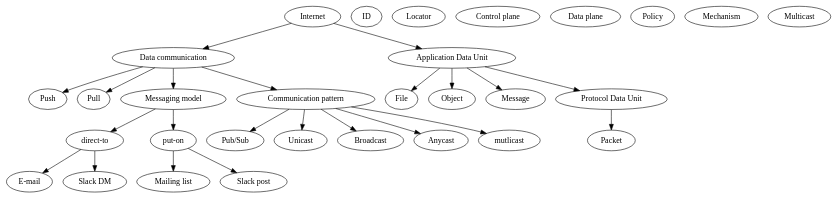
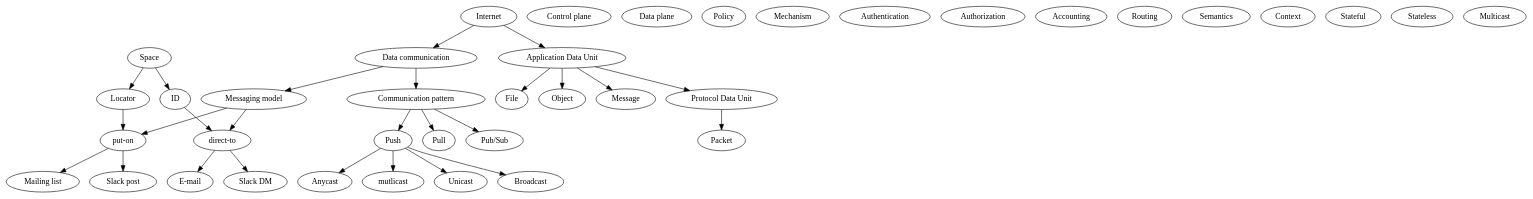
Before and after one commit to pixos/ic2: the diagram in mindmap.gv, drawn with Graphviz.

```diff
--- a/mindmap.gv
+++ b/mindmap.gv
@@ -1,66 +1,83 @@
 digraph graph_name {
 
   root [ label = "Internet" ];
   comm [ label = "Data communication" ];
   comm_push [ label = "Push" ];
   comm_pull [ label = "Pull" ];
   file [ label = "File" ];
   object [ label = "Object" ];
   message [ label = "Message" ];
   packet [ label = "Packet" ];
 
   adu [ label = "Application Data Unit" ];
   pdu [ label = "Protocol Data Unit" ];
 
+  space [ label = "Space" ];
+
   id [ label = "ID" ];
   locator [ label = "Locator" ];
 
   cplane [ label = "Control plane" ];
   dplane [ label = "Data plane" ];
 
   policy [ label = "Policy" ];
   mechanism [ label = "Mechanism" ];
+
+  authentication [ label = "Authentication" ];
+  authorization [ label = "Authorization" ];
+  accounting [ label = "Accounting" ];
 
   model [ label = "Messaging model" ];
   pattern [ label = "Communication pattern" ];
   directto [ label = "direct-to" ];
   puton [ label = "put-on" ];
 
   email [ label = "E-mail" ];
   mailinglist [ label = "Mailing list" ];
   slack [ label = "Slack post" ];
   slackdm [ label = "Slack DM" ];
+
+  routing [ label = "Routing" ];
+  semantics [ label = "Semantics" ];
+  context [ label = "Context" ];
+  stateful [ label = "Stateful" ];
+  stateless [ label = "Stateless" ];
 
   pubsub [ label = "Pub/Sub" ];
   unicast [ label = "Unicast" ];
   multicast [ label = "Multicast" ];
   broadcast [ label = "Broadcast" ];
   anycast [ label = "Anycast" ];
 
   root -> adu;
   adu -> pdu;
   adu -> file;
   adu -> object;
   adu -> message;
   pdu -> packet;
 
   root -> comm;
-  comm -> comm_push;
-  comm -> comm_pull;
 
   comm -> model;
   model -> directto;
   model -> puton;
   directto -> email;
   directto -> slackdm;
   puton -> slack;
   puton -> mailinglist;
 
+  space -> id;
+  space -> locator;
+  id -> directto;
+  locator -> puton;
+
   comm -> pattern;
   pattern -> pubsub;
-  pattern -> unicast;
-  pattern -> mutlicast;
-  pattern -> broadcast;
-  pattern -> anycast;
+  pattern -> comm_push;
+  pattern -> comm_pull;
+  comm_push -> unicast;
+  comm_push -> mutlicast;
+  comm_push -> broadcast;
+  comm_push -> anycast;
 
 }
```
